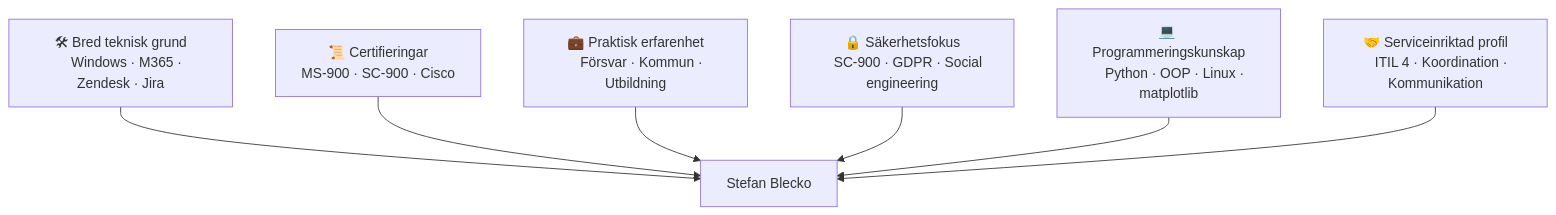
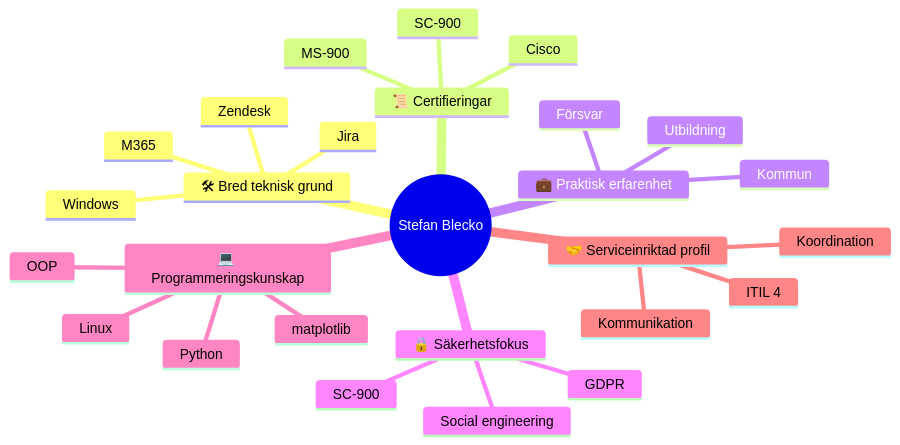
The diagram in README.md (steble70/scriptlab), drawn with Mermaid before and after one commit.

````diff
--- a/README.md
+++ b/README.md
@@ -3,24 +3,30 @@
 ```mermaid
-flowchart TD
-    STEFAN["Stefan Blecko"]
-
-    A["🛠 Bred teknisk grund
-    Windows · M365 · Zendesk · Jira"]
-    B["📜 Certifieringar
-    MS-900 · SC-900 · Cisco"]
-    C["💼 Praktisk erfarenhet
-    Försvar · Kommun · Utbildning"]
-    D["🔒 Säkerhetsfokus
-    SC-900 · GDPR · Social engineering"]
-    E["💻 Programmeringskunskap
-    Python · OOP · Linux · matplotlib"]
-    F["🤝 Serviceinriktad profil
-    ITIL 4 · Koordination · Kommunikation"]
-
-    A --> STEFAN
-    B --> STEFAN
-    C --> STEFAN
-    D --> STEFAN
-    E --> STEFAN
-    F --> STEFAN
+mindmap
+  root((Stefan Blecko))
+    🛠 Bred teknisk grund
+      Windows
+      M365
+      Zendesk
+      Jira
+    📜 Certifieringar
+      MS-900
+      SC-900
+      Cisco
+    💼 Praktisk erfarenhet
+      Försvar
+      Kommun
+      Utbildning
+    🔒 Säkerhetsfokus
+      SC-900
+      GDPR
+      Social engineering
+    💻 Programmeringskunskap
+      Python
+      OOP
+      Linux
+      matplotlib
+    🤝 Serviceinriktad profil
+      ITIL 4
+      Koordination
+      Kommunikation
 ```
````
